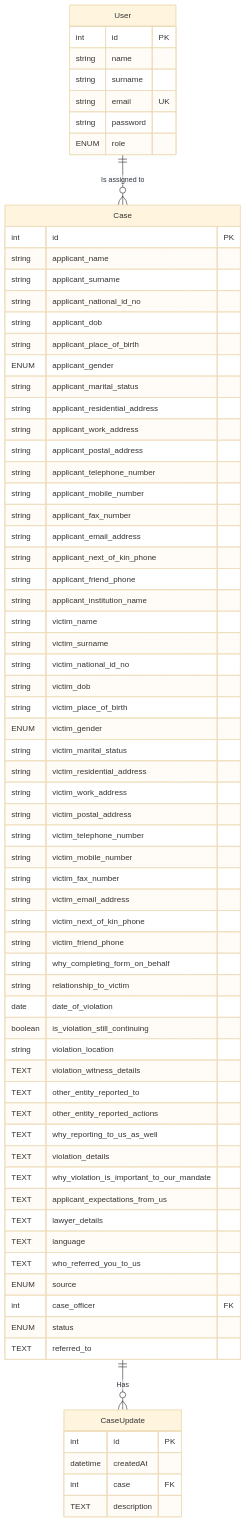
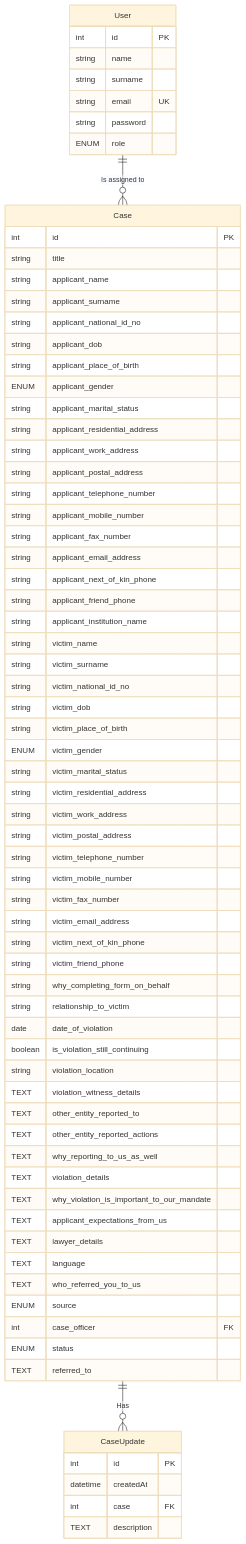
Before and after one commit to hilaar28/zgc-case-management: the diagram in design/ERD.md, drawn with Mermaid (base theme). The commit also changed 1 other file, not shown here.

Commit message:
added missing endpoints to the design

```diff
--- a/design/ERD.md
+++ b/design/ERD.md
@@ -11,6 +11,7 @@
 
    Case {
       int id PK
+      string title
    
       string applicant_name
       string applicant_surname
```
